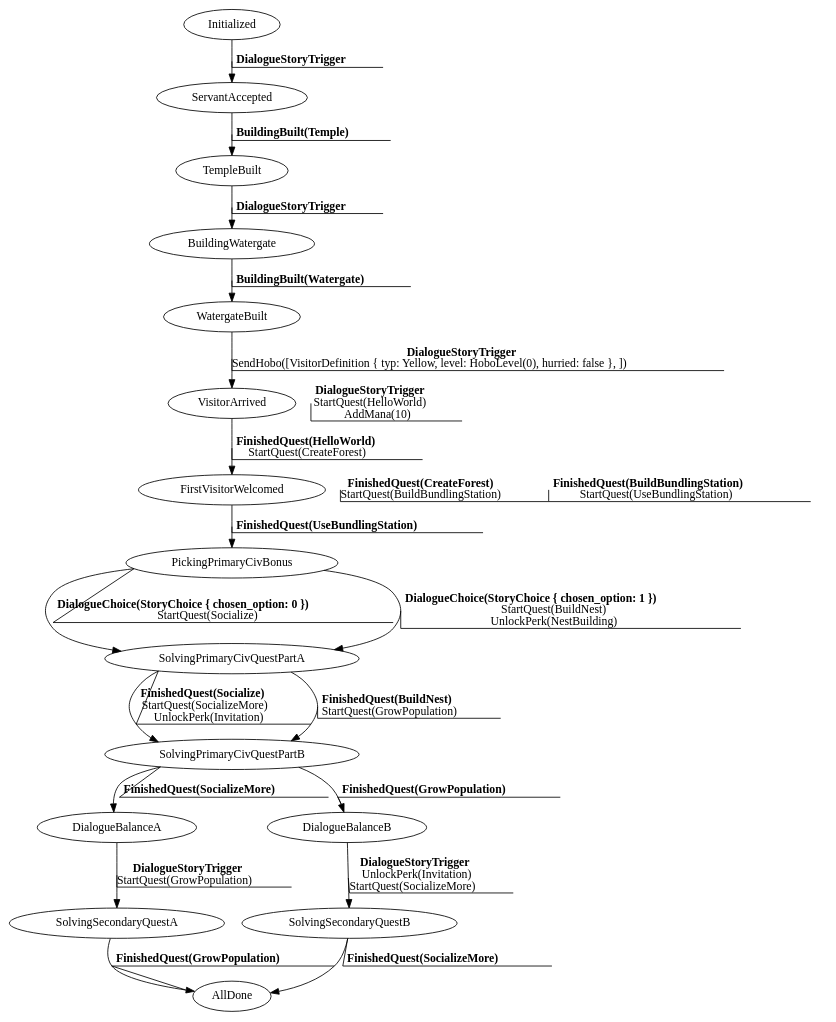
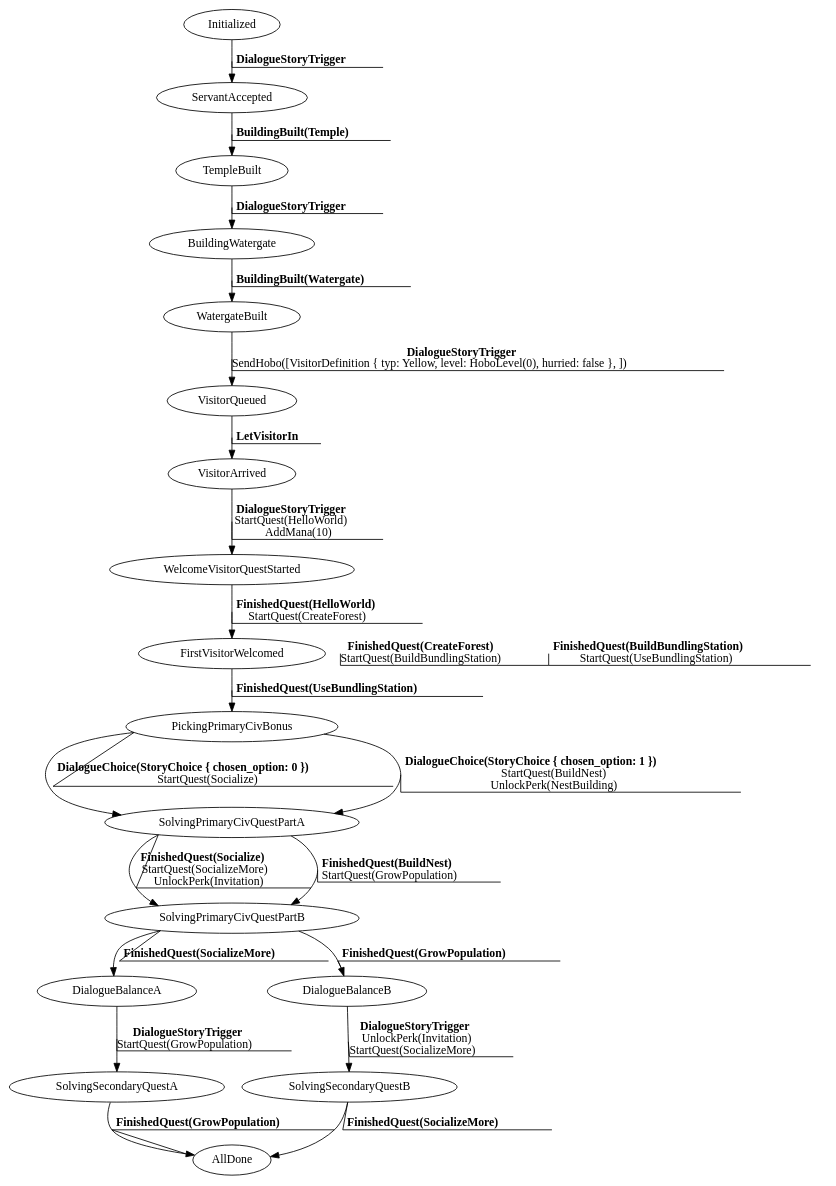
Before and after one commit to jakmeier/paddlers-browser-game: the diagram in specification/story.dot, drawn with Graphviz. The commit also changed 21 other files, not shown here.

Commit message:
Add extra story stages to explain visitor entrance

```diff
--- a/specification/story.dot
+++ b/specification/story.dot
@@ -1,38 +1,41 @@
 digraph MyGraph {
 graph [outputorder=edgesfirst];
 Initialized [label="Initialized"]
 ServantAccepted [label="ServantAccepted"]
 TempleBuilt [label="TempleBuilt"]
 BuildingWatergate [label="BuildingWatergate"]
 WatergateBuilt [label="WatergateBuilt"]
+VisitorQueued [label="VisitorQueued"]
 VisitorArrived [label="VisitorArrived"]
+WelcomeVisitorQuestStarted [label="WelcomeVisitorQuestStarted"]
 FirstVisitorWelcomed [label="FirstVisitorWelcomed"]
 PickingPrimaryCivBonus [label="PickingPrimaryCivBonus"]
 SolvingPrimaryCivQuestPartA [label="SolvingPrimaryCivQuestPartA"]
 SolvingPrimaryCivQuestPartB [label="SolvingPrimaryCivQuestPartB"]
 DialogueBalanceA [label="DialogueBalanceA"]
 DialogueBalanceB [label="DialogueBalanceB"]
 SolvingSecondaryQuestA [label="SolvingSecondaryQuestA"]
 SolvingSecondaryQuestB [label="SolvingSecondaryQuestB"]
 AllDone [label="AllDone"]
 Initialized -> ServantAccepted [decorate=true, color=black, label=< <B>DialogueStoryTrigger</B> >]
 ServantAccepted -> TempleBuilt [decorate=true, color=black, label=< <B>BuildingBuilt(Temple)</B> >]
 TempleBuilt -> BuildingWatergate [decorate=true, color=black, label=< <B>DialogueStoryTrigger</B> >]
 BuildingWatergate -> WatergateBuilt [decorate=true, color=black, label=< <B>BuildingBuilt(Watergate)</B> >]
-WatergateBuilt -> VisitorArrived [decorate=true, color=black, label=< <B>DialogueStoryTrigger</B> <br/>SendHobo([VisitorDefinition { typ: Yellow, level: HoboLevel(0), hurried: false }, ]) >]
-VisitorArrived -> VisitorArrived [decorate=true, color=invis, label=< <B>DialogueStoryTrigger</B> <br/>StartQuest(HelloWorld) <br/>AddMana(10) >]
-VisitorArrived -> FirstVisitorWelcomed [decorate=true, color=black, label=< <B>FinishedQuest(HelloWorld)</B> <br/>StartQuest(CreateForest) >]
+WatergateBuilt -> VisitorQueued [decorate=true, color=black, label=< <B>DialogueStoryTrigger</B> <br/>SendHobo([VisitorDefinition { typ: Yellow, level: HoboLevel(0), hurried: false }, ]) >]
+VisitorQueued -> VisitorArrived [decorate=true, color=black, label=< <B>LetVisitorIn</B> >]
+VisitorArrived -> WelcomeVisitorQuestStarted [decorate=true, color=black, label=< <B>DialogueStoryTrigger</B> <br/>StartQuest(HelloWorld) <br/>AddMana(10) >]
+WelcomeVisitorQuestStarted -> FirstVisitorWelcomed [decorate=true, color=black, label=< <B>FinishedQuest(HelloWorld)</B> <br/>StartQuest(CreateForest) >]
 FirstVisitorWelcomed -> FirstVisitorWelcomed [decorate=true, color=invis, label=< <B>FinishedQuest(CreateForest)</B> <br/>StartQuest(BuildBundlingStation) >]
 FirstVisitorWelcomed -> FirstVisitorWelcomed [decorate=true, color=invis, label=< <B>FinishedQuest(BuildBundlingStation)</B> <br/>StartQuest(UseBundlingStation) >]
 FirstVisitorWelcomed -> PickingPrimaryCivBonus [decorate=true, color=black, label=< <B>FinishedQuest(UseBundlingStation)</B> >]
 PickingPrimaryCivBonus -> SolvingPrimaryCivQuestPartA [decorate=true, color=black, label=< <B>DialogueChoice(StoryChoice { chosen_option: 0 })</B> <br/>StartQuest(Socialize) >]
 PickingPrimaryCivBonus -> SolvingPrimaryCivQuestPartA [decorate=true, color=black, label=< <B>DialogueChoice(StoryChoice { chosen_option: 1 })</B> <br/>StartQuest(BuildNest) <br/>UnlockPerk(NestBuilding) >]
 SolvingPrimaryCivQuestPartA -> SolvingPrimaryCivQuestPartB [decorate=true, color=black, label=< <B>FinishedQuest(Socialize)</B> <br/>StartQuest(SocializeMore) <br/>UnlockPerk(Invitation) >]
 SolvingPrimaryCivQuestPartA -> SolvingPrimaryCivQuestPartB [decorate=true, color=black, label=< <B>FinishedQuest(BuildNest)</B> <br/>StartQuest(GrowPopulation) >]
 SolvingPrimaryCivQuestPartB -> DialogueBalanceA [decorate=true, color=black, label=< <B>FinishedQuest(SocializeMore)</B> >]
 SolvingPrimaryCivQuestPartB -> DialogueBalanceB [decorate=true, color=black, label=< <B>FinishedQuest(GrowPopulation)</B> >]
 DialogueBalanceA -> SolvingSecondaryQuestA [decorate=true, color=black, label=< <B>DialogueStoryTrigger</B> <br/>StartQuest(GrowPopulation) >]
 DialogueBalanceB -> SolvingSecondaryQuestB [decorate=true, color=black, label=< <B>DialogueStoryTrigger</B> <br/>UnlockPerk(Invitation) <br/>StartQuest(SocializeMore) >]
 SolvingSecondaryQuestA -> AllDone [decorate=true, color=black, label=< <B>FinishedQuest(GrowPopulation)</B> >]
 SolvingSecondaryQuestB -> AllDone [decorate=true, color=black, label=< <B>FinishedQuest(SocializeMore)</B> >]
 }
```
